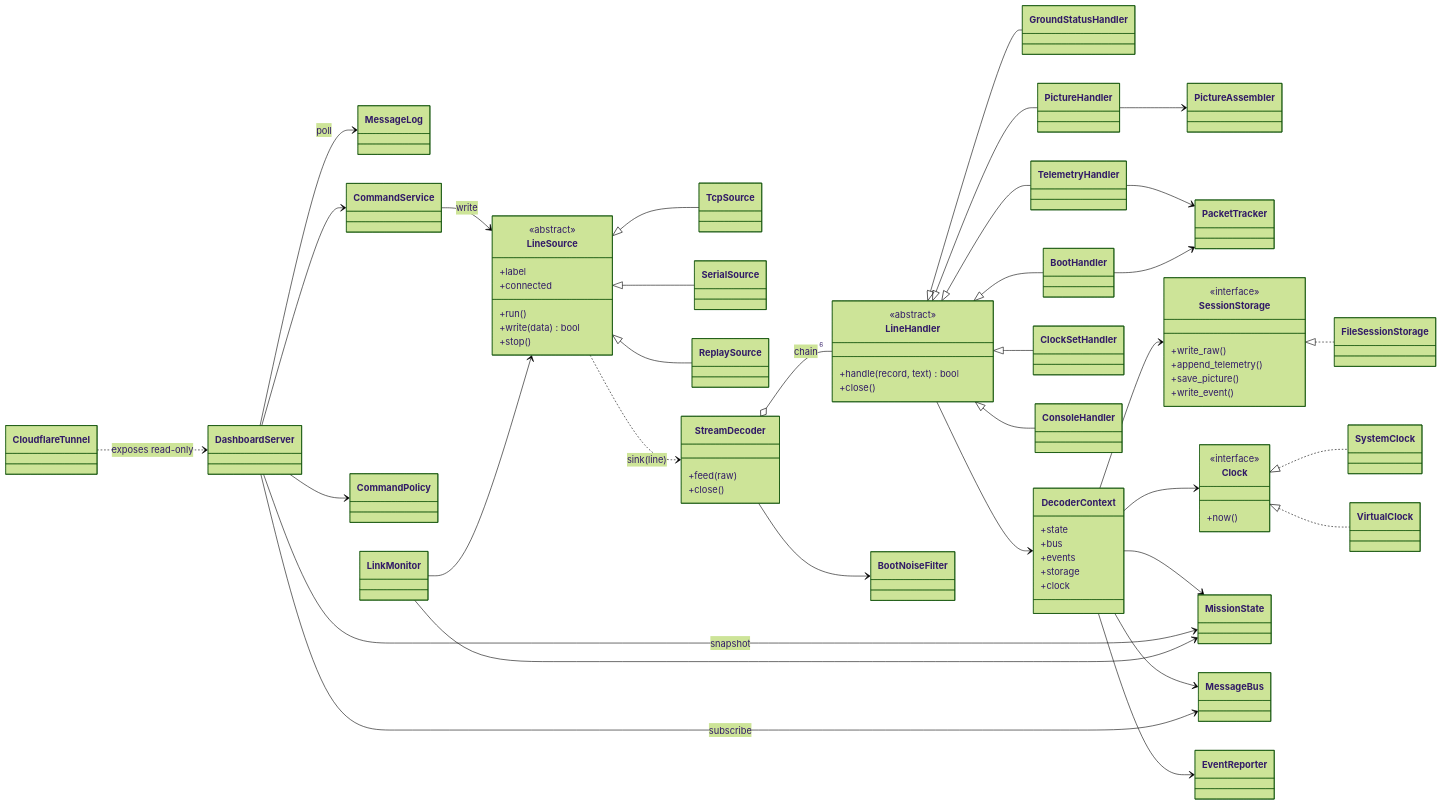
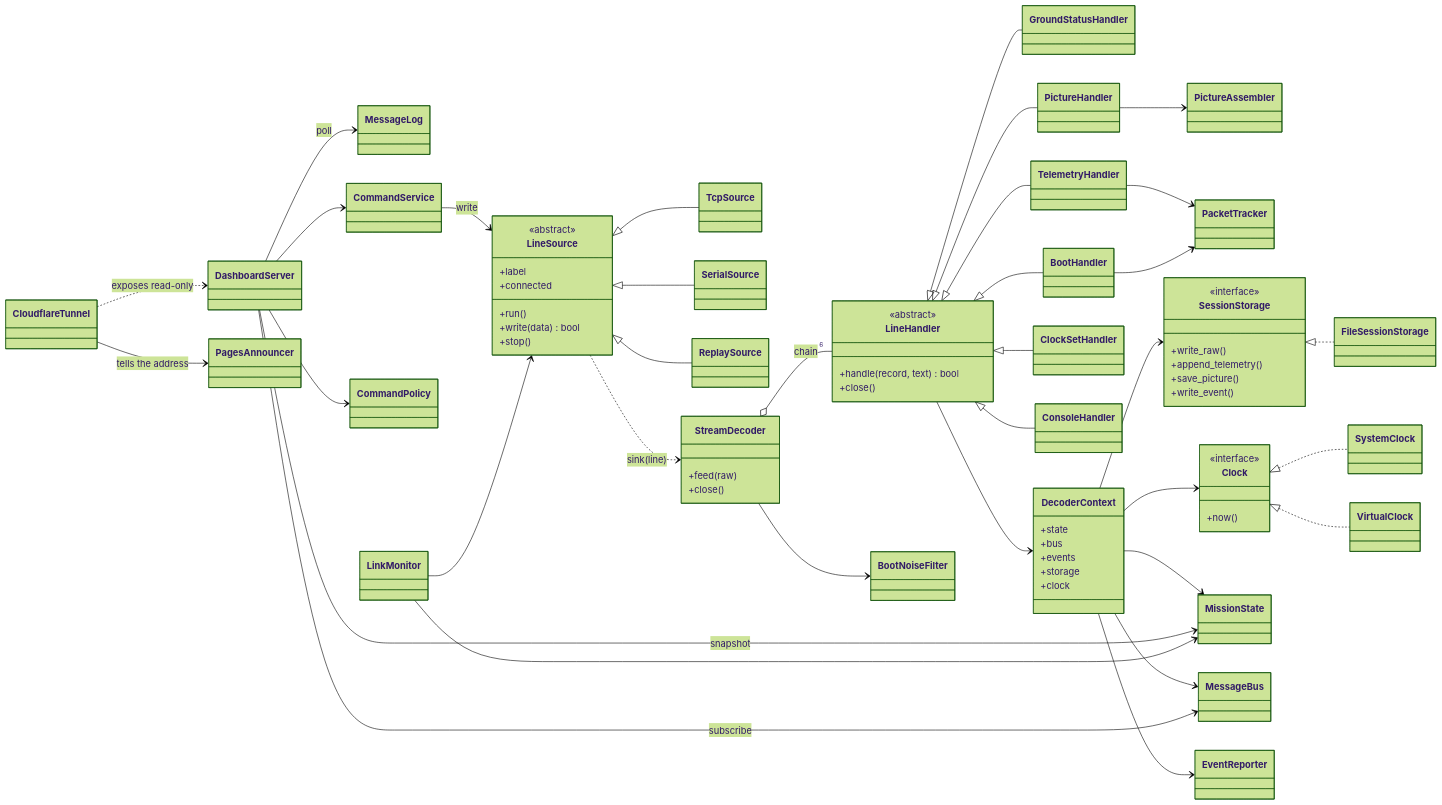
One commit to 0-Mousa-0/DUSK-1 changed the second of 4 diagrams in ground-segment/README.md. Above: the diagram before and after it, drawn with Mermaid (forest theme). The commit also changed other lines of this file and 10 other files, not shown here.

````diff
--- a/ground-segment/README.md
+++ b/ground-segment/README.md
@@ -293,4 +295,5 @@
     LinkMonitor --> MissionState
     LinkMonitor --> LineSource
     CloudflareTunnel ..> DashboardServer : exposes read-only
+    CloudflareTunnel --> PagesAnnouncer : tells the address
 ```
````
